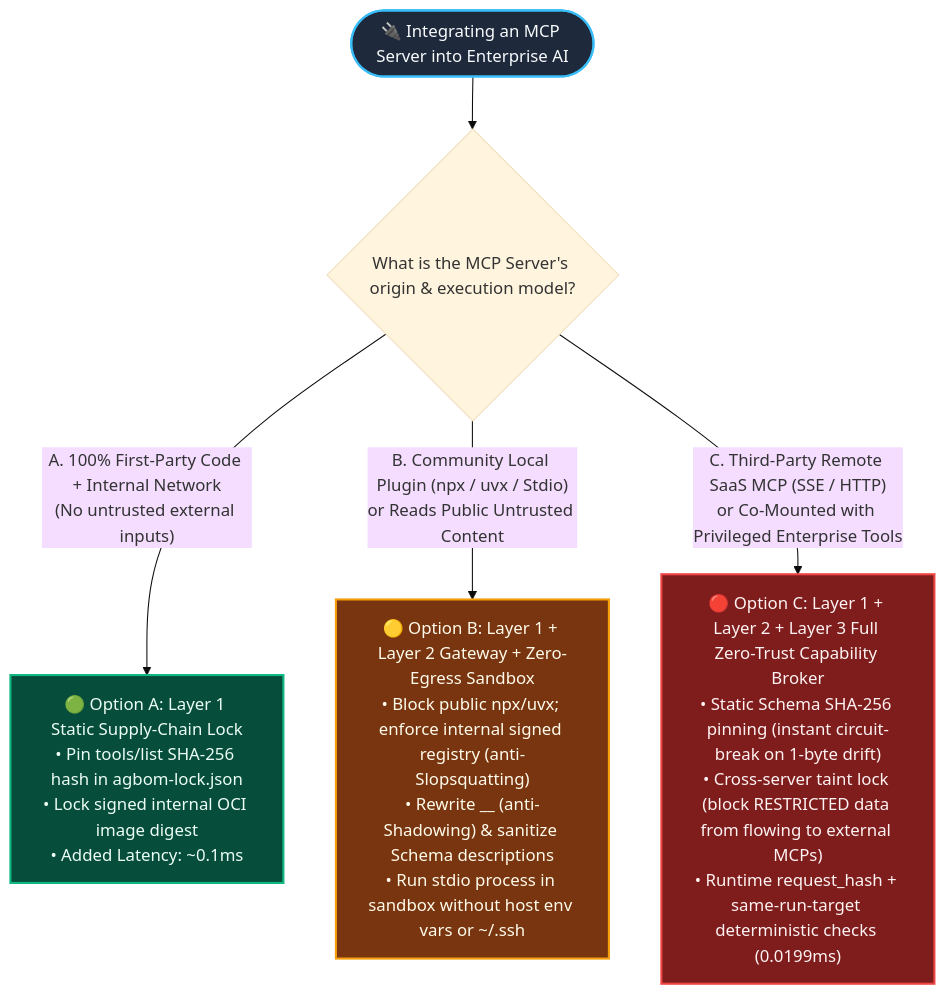
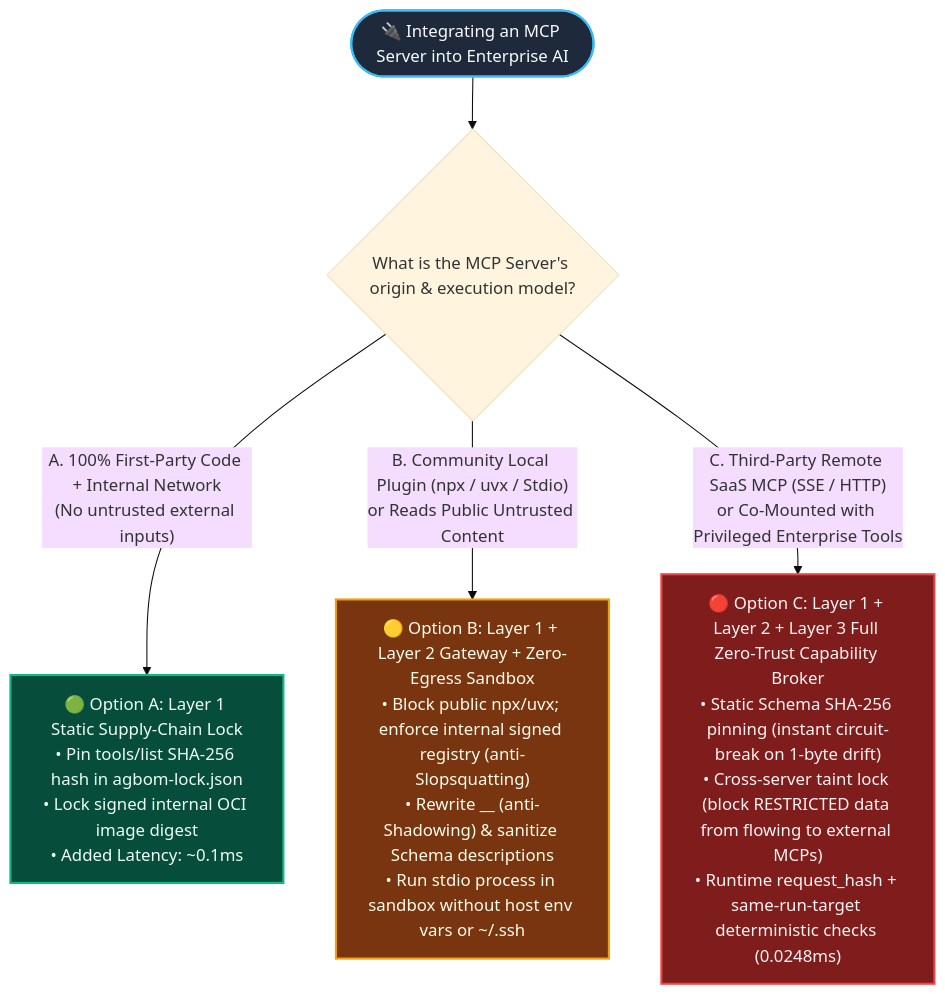
The first of 3 diagrams in workshops/ai-security/mcp-tool-poisoning-and-pinning-selection-faq.en.md (turbo998/turbo998.github.io), drawn with Mermaid (base theme) before and after one commit. The commit also changed other lines of this file and 26 other files, not shown here.

````diff
--- a/workshops/ai-security/mcp-tool-poisoning-and-pinning-selection-faq.en.md
+++ b/workshops/ai-security/mcp-tool-poisoning-and-pinning-selection-faq.en.md
@@ -82,15 +82,15 @@
 ```mermaid
 flowchart TD
     Start(["🔌 Integrating an MCP Server into Enterprise AI"]) --> Q1{"What is the MCP Server's origin & execution model?"}
     
     Q1 -- "A. 100% First-Party Code + Internal Network\n(No untrusted external inputs)" --> L1["🟢 Option A: Layer 1 Static Supply-Chain Lock\n• Pin tools/list SHA-256 hash in agbom-lock.json\n• Lock signed internal OCI image digest\n• Added Latency: ~0.1ms"]
     
     Q1 -- "B. Community Local Plugin (npx / uvx / Stdio)\nor Reads Public Untrusted Content" --> L2["🟡 Option B: Layer 1 + Layer 2 Gateway + Zero-Egress Sandbox\n• Block public npx/uvx; enforce internal signed registry (anti-Slopsquatting)\n• Rewrite <server_id>__<tool> (anti-Shadowing) & sanitize Schema descriptions\n• Run stdio process in sandbox without host env vars or ~/.ssh"]
     
-    Q1 -- "C. Third-Party Remote SaaS MCP (SSE / HTTP)\nor Co-Mounted with Privileged Enterprise Tools" --> L3["🔴 Option C: Layer 1 + Layer 2 + Layer 3 Full Zero-Trust Capability Broker\n• Static Schema SHA-256 pinning (instant circuit-break on 1-byte drift)\n• Cross-server taint lock (block RESTRICTED data from flowing to external MCPs)\n• Runtime request_hash + same-run-target deterministic checks (0.0199ms)"]
+    Q1 -- "C. Third-Party Remote SaaS MCP (SSE / HTTP)\nor Co-Mounted with Privileged Enterprise Tools" --> L3["🔴 Option C: Layer 1 + Layer 2 + Layer 3 Full Zero-Trust Capability Broker\n• Static Schema SHA-256 pinning (instant circuit-break on 1-byte drift)\n• Cross-server taint lock (block RESTRICTED data from flowing to external MCPs)\n• Runtime request_hash + same-run-target deterministic checks (0.0248ms)"]
 
     style Start fill:#1e293b,stroke:#38bdf8,color:#f8fafc,stroke-width:2px
     style L1 fill:#064e3b,stroke:#10b981,color:#ecfdf5,stroke-width:2px
     style L2 fill:#78350f,stroke:#f59e0b,color:#fffbeb,stroke-width:2px
     style L3 fill:#7f1d1d,stroke:#ef4444,color:#fef2f2,stroke-width:2px
 ```
````
